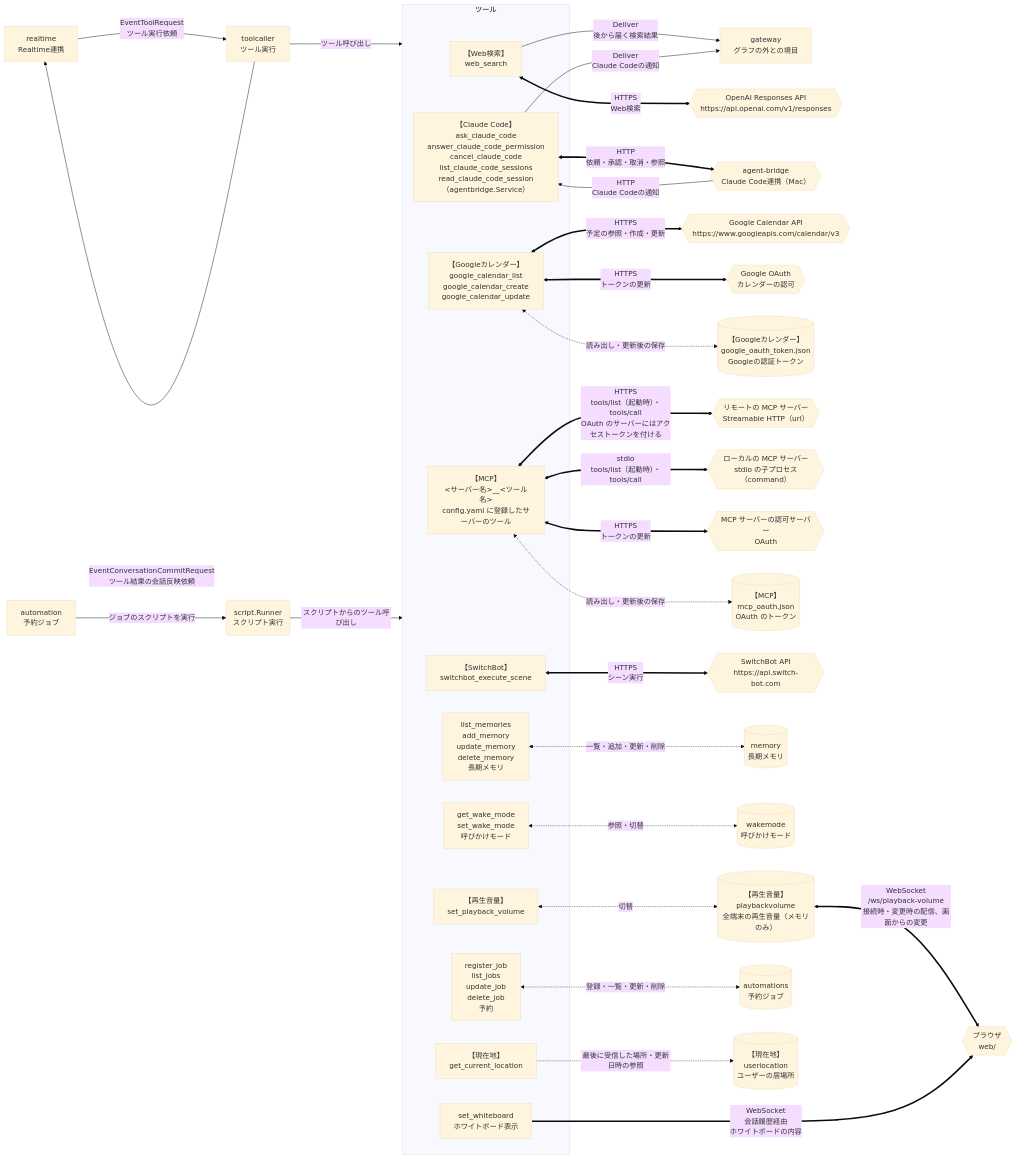
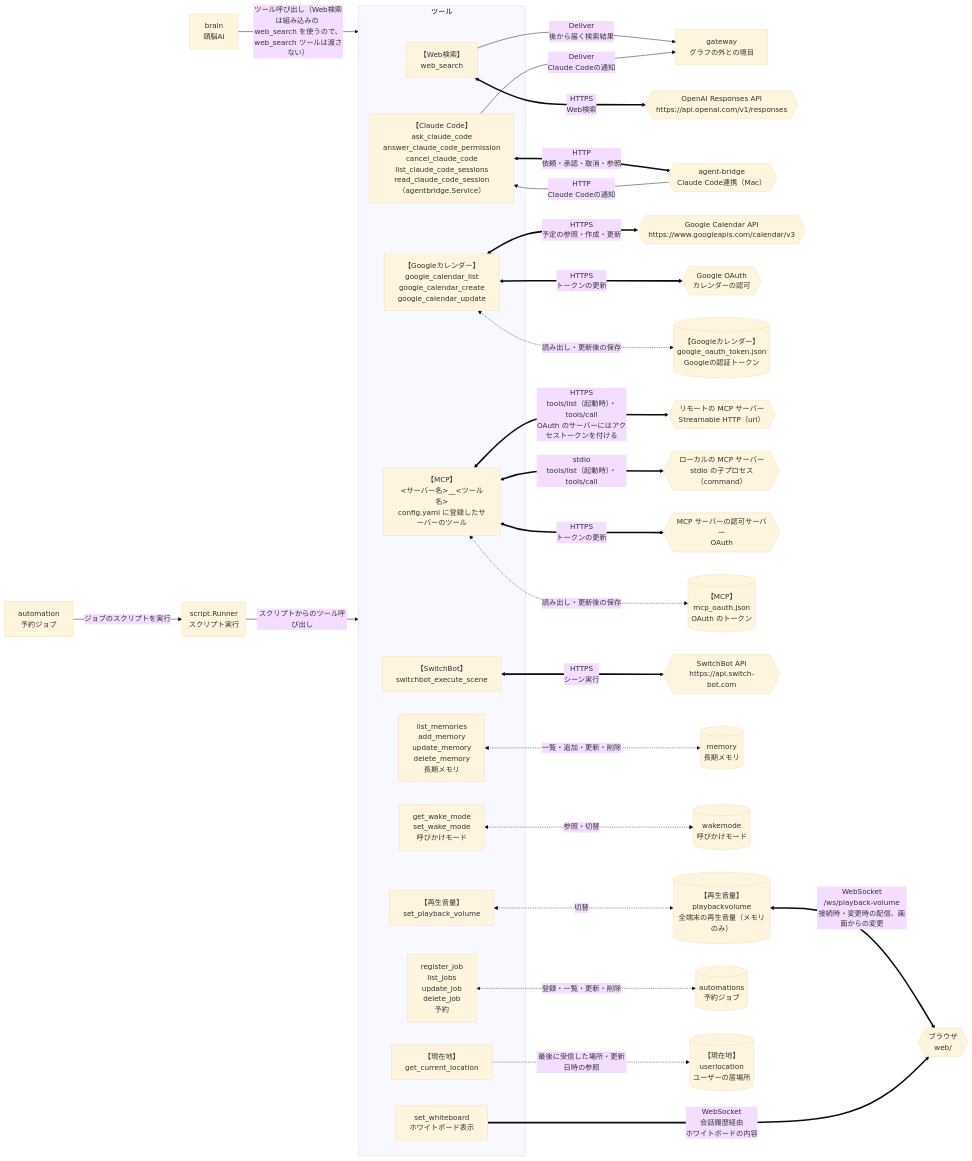
Before and after one commit to tetetratra/smart-speaker: the third of 4 diagrams in README.md, drawn with Mermaid (base theme). The commit also changed other lines of this file, not shown here.

Commit message:
[ドキュメント] README の構成図を、振り分けと頭脳AIを入れた構成に更新する

````diff
--- a/README.md
+++ b/README.md
@@ -173,67 +192,64 @@
 ```mermaid
 flowchart LR
-    rt["realtime<br/>Realtime連携"]
-    tool["toolcaller<br/>ツール実行"]
+    brain["brain<br/>頭脳AI"]
     scheduler["automation<br/>予約ジョブ"]
     runner("script.Runner<br/>スクリプト実行")
     gateway["gateway<br/>グラフの外との境目"]
 
     subgraph toolset["ツール"]
         webSearchTool["【Web検索】<br/>web_search"]
         claudeCodeTool["【Claude Code】<br/>ask_claude_code<br/>answer_claude_code_permission<br/>cancel_claude_code<br/>list_claude_code_sessions<br/>read_claude_code_session<br/>（agentbridge.Service）"]
         calendarTool["【Googleカレンダー】<br/>google_calendar_list<br/>google_calendar_create<br/>google_calendar_update"]
         mcpTool["【MCP】<br/>&lt;サーバー名&gt;__&lt;ツール名&gt;<br/>config.yaml に登録したサーバーのツール"]
         switchBotTool["【SwitchBot】<br/>switchbot_execute_scene"]
         memoryTool["list_memories<br/>add_memory<br/>update_memory<br/>delete_memory<br/>長期メモリ"]
         wakeModeTool["get_wake_mode<br/>set_wake_mode<br/>呼びかけモード"]
         volumeTool["【再生音量】<br/>set_playback_volume"]
         automationTool["register_job<br/>list_jobs<br/>update_job<br/>delete_job<br/>予約"]
         whiteboardTool["set_whiteboard<br/>ホワイトボード表示"]
         locationTool["【現在地】<br/>get_current_location"]
     end
 
 
     openaiResponses{{"OpenAI Responses API<br/>https://api.openai.com/v1/responses"}}
     agentBridge{{"agent-bridge<br/>Claude Code連携（Mac）"}}
     googleCalendar{{"Google Calendar API<br/>https://www.googleapis.com/calendar/v3"}}
     googleOAuth{{"Google OAuth<br/>カレンダーの認可"}}
     googleTokenStore[("【Googleカレンダー】<br/>google_oauth_token.json<br/>Googleの認証トークン")]
     mcpRemote{{"リモートの MCP サーバー<br/>Streamable HTTP（url）"}}
     mcpLocal{{"ローカルの MCP サーバー<br/>stdio の子プロセス（command）"}}
     mcpAuthServer{{"MCP サーバーの認可サーバー<br/>OAuth"}}
     mcpTokenStore[("【MCP】<br/>mcp_oauth.json<br/>OAuth のトークン")]
     switchBot{{"SwitchBot API<br/>https://api.switch-bot.com"}}
     memoryStore[("memory<br/>長期メモリ")]
     wakeModeStore[("wakemode<br/>呼びかけモード")]
     volumeStore[("【再生音量】<br/>playbackvolume<br/>全端末の再生音量（メモリのみ）")]
     automationStore[("automations<br/>予約ジョブ")]
     locationStore[("【現在地】<br/>userlocation<br/>ユーザーの居場所")]
     browser{{"ブラウザ<br/>web/"}}
 
-    rt -->|"EventToolRequest<br/>ツール実行依頼"| tool
-    tool -->|"EventConversationCommitRequest<br/>ツール結果の会話反映依頼"| rt
-    tool -->|"ツール呼び出し"| toolset
+    brain -->|"ツール呼び出し（Web検索は組み込みの web_search を使うので、web_search ツールは渡さない）"| toolset
     scheduler -->|"ジョブのスクリプトを実行"| runner
     runner -->|"スクリプトからのツール呼び出し"| toolset
 
     webSearchTool <==>|"HTTPS<br/>Web検索"| openaiResponses
     webSearchTool -->|"Deliver<br/>後から届く検索結果"| gateway
     claudeCodeTool <==>|"HTTP<br/>依頼・承認・取消・参照"| agentBridge
     agentBridge -->|"HTTP<br/>Claude Codeの通知"| claudeCodeTool
     claudeCodeTool -->|"Deliver<br/>Claude Codeの通知"| gateway
     calendarTool <==>|"HTTPS<br/>予定の参照・作成・更新"| googleCalendar
     calendarTool <-.->|"読み出し・更新後の保存"| googleTokenStore
     calendarTool <==>|"HTTPS<br/>トークンの更新"| googleOAuth
     mcpTool <==>|"HTTPS<br/>tools/list（起動時）・tools/call<br/>OAuth のサーバーにはアクセストークンを付ける"| mcpRemote
     mcpTool <==>|"stdio<br/>tools/list（起動時）・tools/call"| mcpLocal
     mcpTool <==>|"HTTPS<br/>トークンの更新"| mcpAuthServer
     mcpTool <-.->|"読み出し・更新後の保存"| mcpTokenStore
     switchBotTool <==>|"HTTPS<br/>シーン実行"| switchBot
     memoryTool <-.->|"一覧・追加・更新・削除"| memoryStore
     wakeModeTool <-.->|"参照・切替"| wakeModeStore
     volumeTool <-.->|"切替"| volumeStore
     volumeStore <==>|"WebSocket<br/>/ws/playback-volume<br/>接続時・変更時の配信、画面からの変更"| browser
     automationTool <-.->|"登録・一覧・更新・削除"| automationStore
     locationTool -.->|"最後に受信した場所・更新日時の参照"| locationStore
     whiteboardTool ==>|"WebSocket<br/>会話履歴経由<br/>ホワイトボードの内容"| browser
 ```
````
